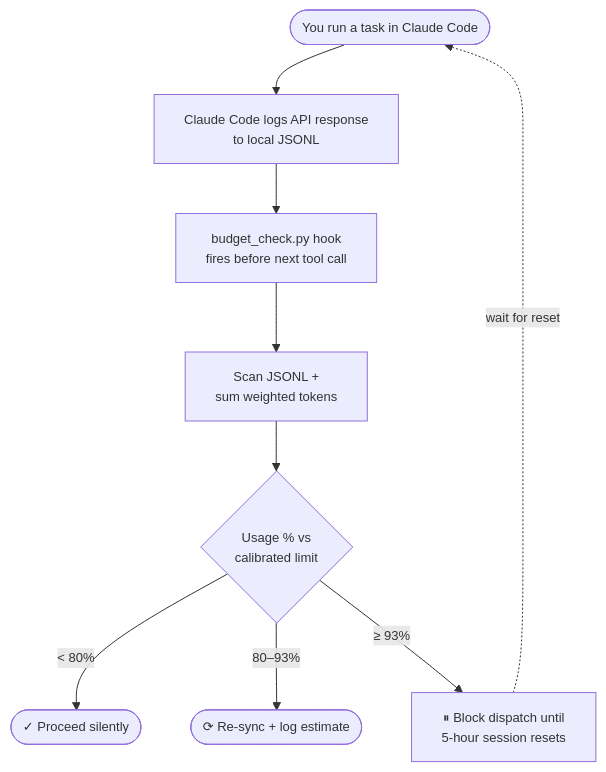
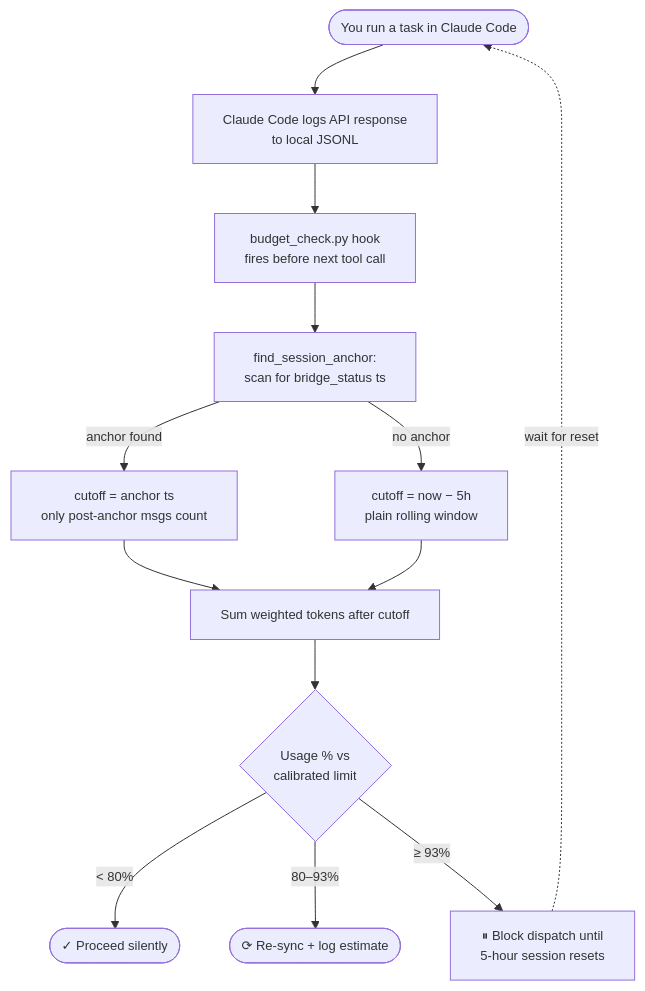
Before and after one commit to Star001-KR/claude-session-budget: the diagram in README.md, drawn with Mermaid. The commit also changed other lines of this file and 1 other file, not shown here.

````diff
--- a/README.md
+++ b/README.md
@@ -14,12 +14,16 @@
 ```mermaid
 %%{init: {'themeVariables': {'fontSize': '13px'}}}%%
 flowchart TD
     A([You run a task in Claude Code]) --> B[Claude Code logs API response<br/>to local JSONL]
     B --> C[budget_check.py hook<br/>fires before next tool call]
-    C --> D[Scan JSONL +<br/>sum weighted tokens]
-    D --> E{Usage % vs<br/>calibrated limit}
-    E -->|&lt; 80%| F([✓ Proceed silently])
-    E -->|80–93%| G([⟳ Re-sync + log estimate])
-    E -->|≥ 93%| H[⏸ Block dispatch until<br/>5-hour session resets]
-    H -.->|wait for reset| A
+    C --> D[find_session_anchor:<br/>scan for bridge_status ts]
+    D -->|anchor found| E1[cutoff = anchor ts<br/>only post-anchor msgs count]
+    D -->|no anchor| E2[cutoff = now − 5h<br/>plain rolling window]
+    E1 --> F[Sum weighted tokens after cutoff]
+    E2 --> F
+    F --> G{Usage % vs<br/>calibrated limit}
+    G -->|&lt; 80%| H([✓ Proceed silently])
+    G -->|80–93%| I([⟳ Re-sync + log estimate])
+    G -->|≥ 93%| J[⏸ Block dispatch until<br/>5-hour session resets]
+    J -.->|wait for reset| A
 ```
````
